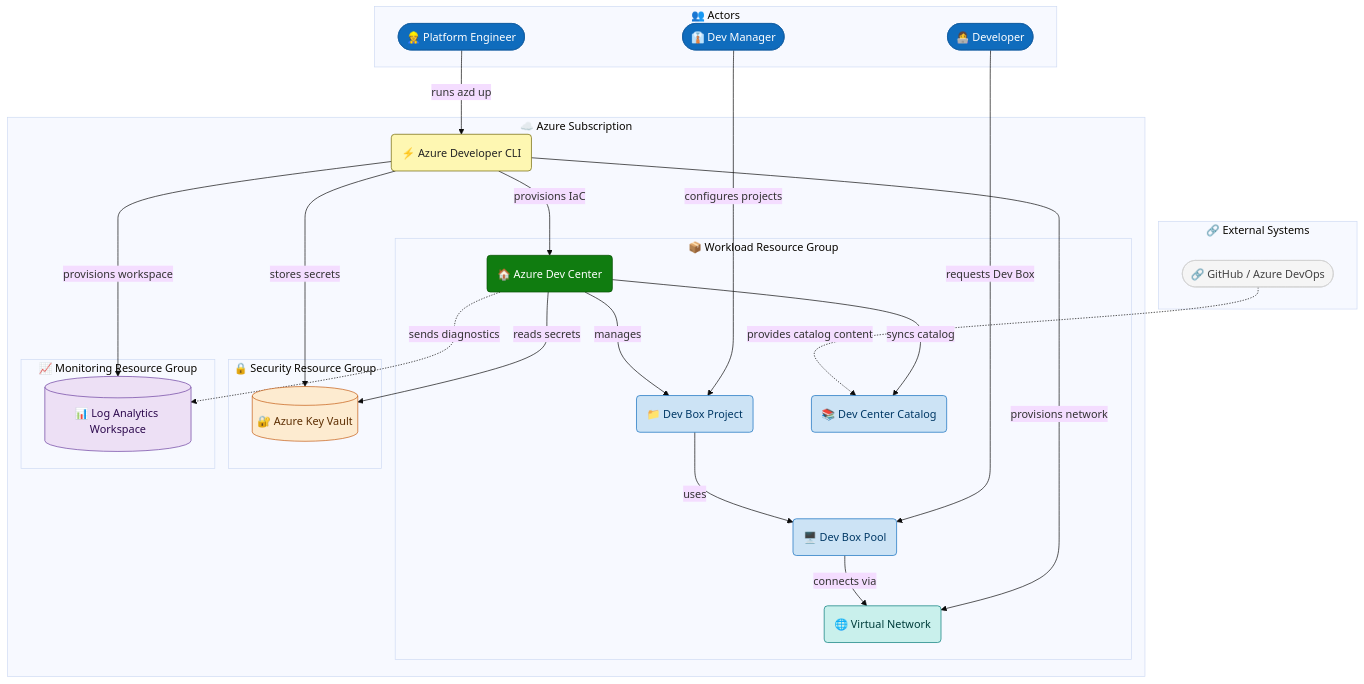
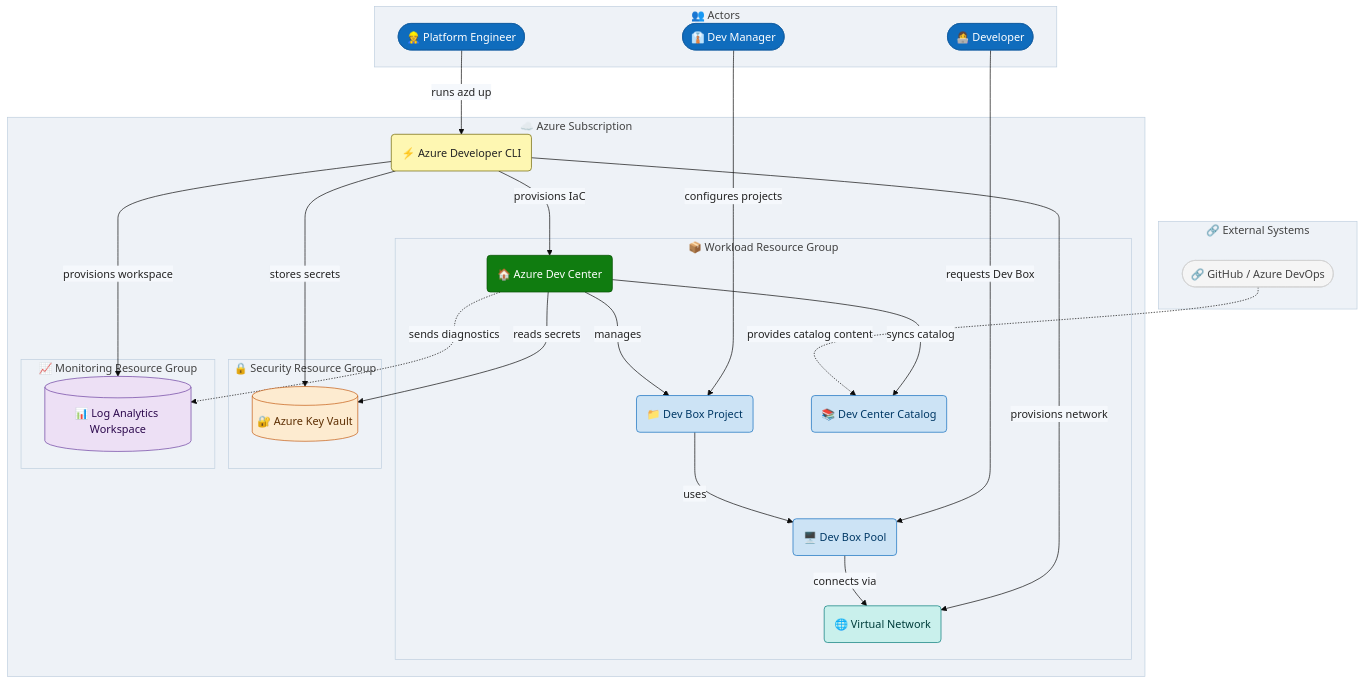
Before and after one commit to Evilazaro/DevExp-DevBox: the diagram in README.md, drawn with Mermaid.

Commit message:
Refactor theme color definitions in README.md for improved clarity and consistency

```diff
--- a/README.md
+++ b/README.md
@@ -64,16 +64,17 @@
   align: center
   fontFamily: "Segoe UI, Verdana, sans-serif"
   fontSize: 16
-  textColor: "#242424"
-  primaryColor: "#EBF3FC"
-  primaryTextColor: "#242424"
-  primaryBorderColor: "#0F6CBD"
-  secondaryColor: "#F5F8FC"
-  secondaryTextColor: "#242424"
-  secondaryBorderColor: "#D6E4F0"
-  tertiaryColor: "#EEF2F7"
-  tertiaryTextColor: "#424242"
-  tertiaryBorderColor: "#BFCFDF"
+  themeVariables:
+    textColor: "#242424"
+    primaryColor: "#EBF3FC"
+    primaryTextColor: "#242424"
+    primaryBorderColor: "#0F6CBD"
+    secondaryColor: "#F5F8FC"
+    secondaryTextColor: "#242424"
+    secondaryBorderColor: "#D6E4F0"
+    tertiaryColor: "#EEF2F7"
+    tertiaryTextColor: "#424242"
+    tertiaryBorderColor: "#BFCFDF"
 ---
 flowchart TB
 
```
